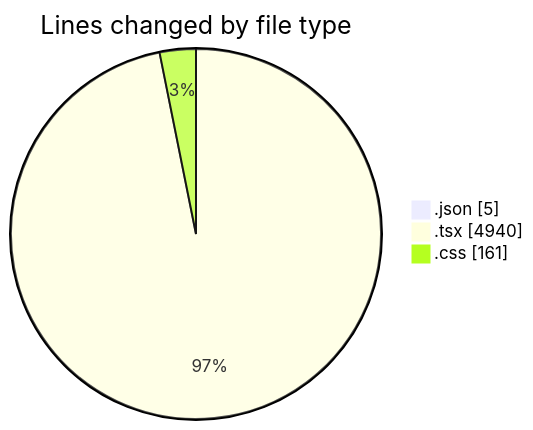
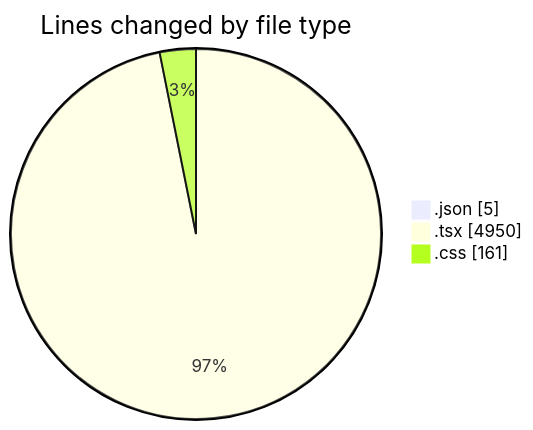
Before and after one commit to Elitesun/code-tracking: the first of 2 diagrams in 2025-05-29/advertise/README.md, drawn with Mermaid. The commit also changed other lines of this file and 1 other file, not shown here.

````diff
--- a/2025-05-29/advertise/README.md
+++ b/2025-05-29/advertise/README.md
@@ -40,7 +40,7 @@
 ```mermaid
 pie showData
 title Lines changed by file type
 ".json" : 5
-".tsx" : 4940
+".tsx" : 4950
 ".css" : 161
 ```
````
